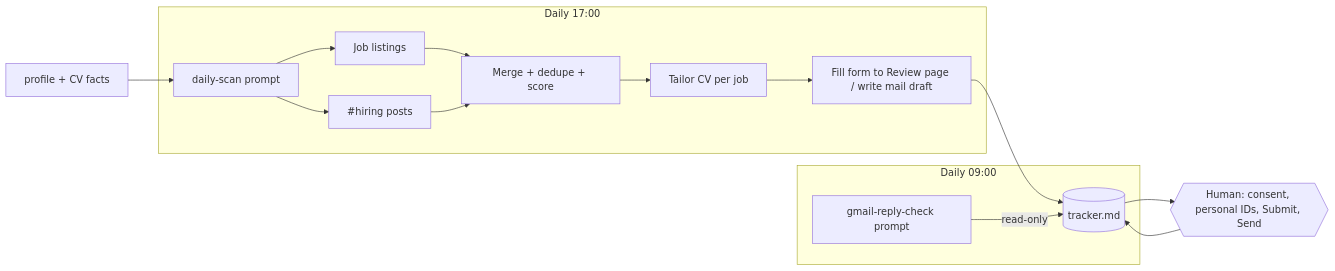
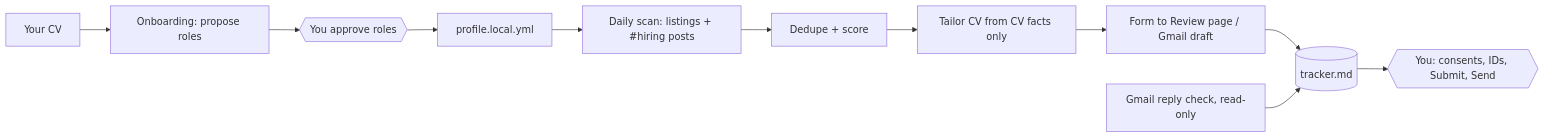
The diagram in README.md (Kurusatsu/hirepair), drawn with Mermaid before and after one commit. The commit also changed other lines of this file and 7 other files, not shown here.

````diff
--- a/README.md
+++ b/README.md
@@ -18,18 +31,13 @@
 ```mermaid
 flowchart LR
-  P[profile + CV facts] --> S
-  subgraph Daily 17:00
-    S[daily-scan prompt] --> A[Job listings]
-    S --> B["#hiring posts"]
-    A --> M[Merge + dedupe + score]
-    B --> M
-    M --> C[Tailor CV per job]
-    C --> F[Fill form to Review page / write mail draft]
-  end
+  CV[Your CV] --> O[Onboarding: propose roles]
+  O --> H1{{You approve roles}}
+  H1 --> P[profile.local.yml]
+  P --> S[Daily scan: listings + #hiring posts]
+  S --> M[Dedupe + score]
+  M --> C[Tailor CV from CV facts only]
+  C --> F[Form to Review page / Gmail draft]
   F --> T[(tracker.md)]
-  T --> H{{Human: consent, personal IDs, Submit, Send}}
-  subgraph Daily 09:00
-    G[gmail-reply-check prompt] -->|read-only| T
-  end
-  H --> T
+  T --> H2{{You: consents, IDs, Submit, Send}}
+  G[Gmail reply check, read-only] --> T
 ```
````
